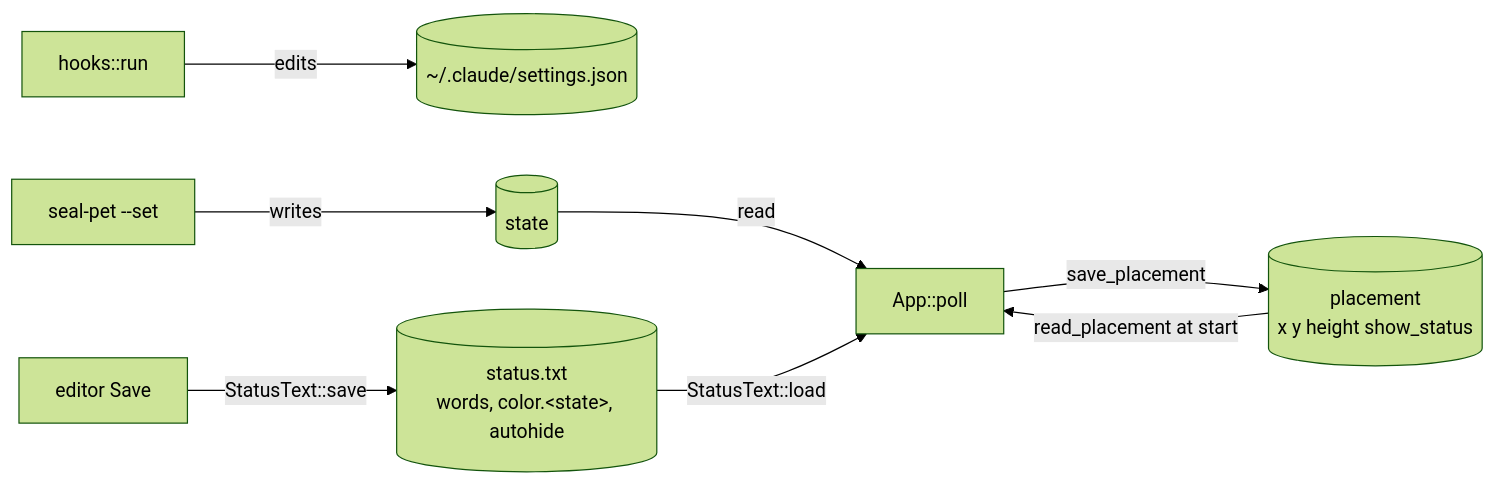
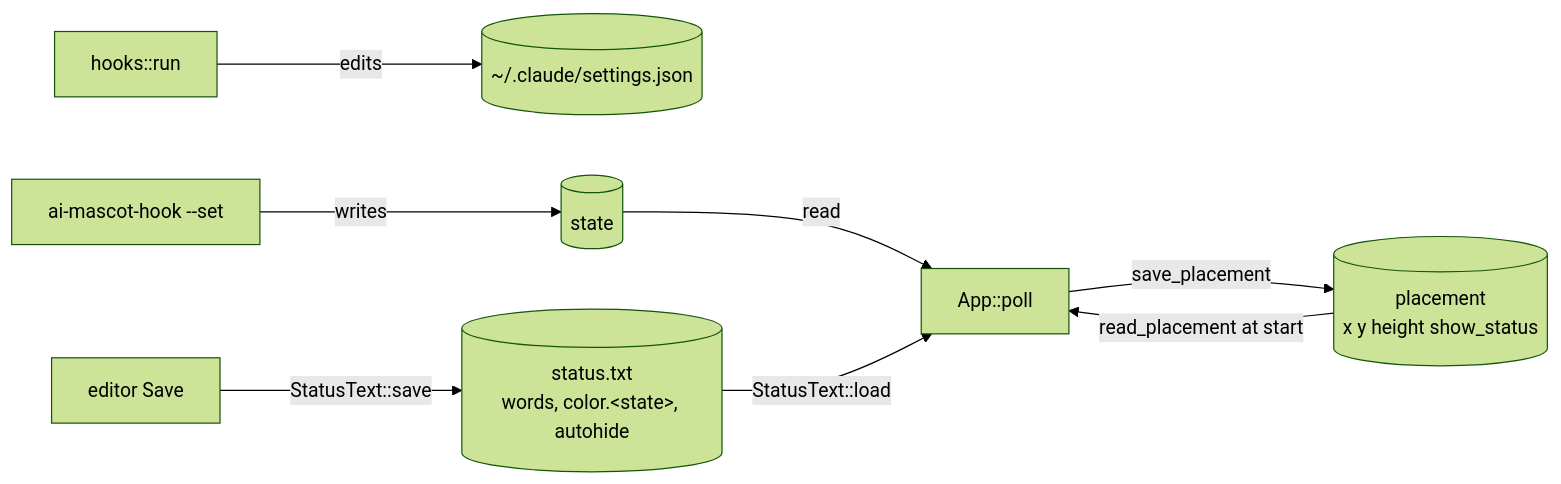
One commit to thanachaiakt/ai-mascot-hook changed the seventh of 7 diagrams in docs/en/architecture.md. Above: the diagram before and after it, drawn with Mermaid (forest theme). The commit also changed other lines of this file and 18 other files, not shown here.

````diff
--- a/docs/en/architecture.md
+++ b/docs/en/architecture.md
@@ -201,10 +201,10 @@
 ```mermaid
 flowchart LR
     hooks2["hooks::run"] -- "edits" --> settings[("~/.claude/settings.json")]
-    setcmd["seal-pet --set"] -- "writes" --> state[("state")]
+    setcmd["ai-mascot-hook --set"] -- "writes" --> state[("state")]
     state -- "read" --> app2["App::poll"]
     app2 -- "save_placement" --> placement[("placement<br/>x y height show_status")]
     placement -- "read_placement at start" --> app2
     editor2["editor Save"] -- "StatusText::save" --> statustxt[("status.txt<br/>words, color.&lt;state&gt;, autohide")]
     statustxt -- "StatusText::load" --> app2
 ```
````
